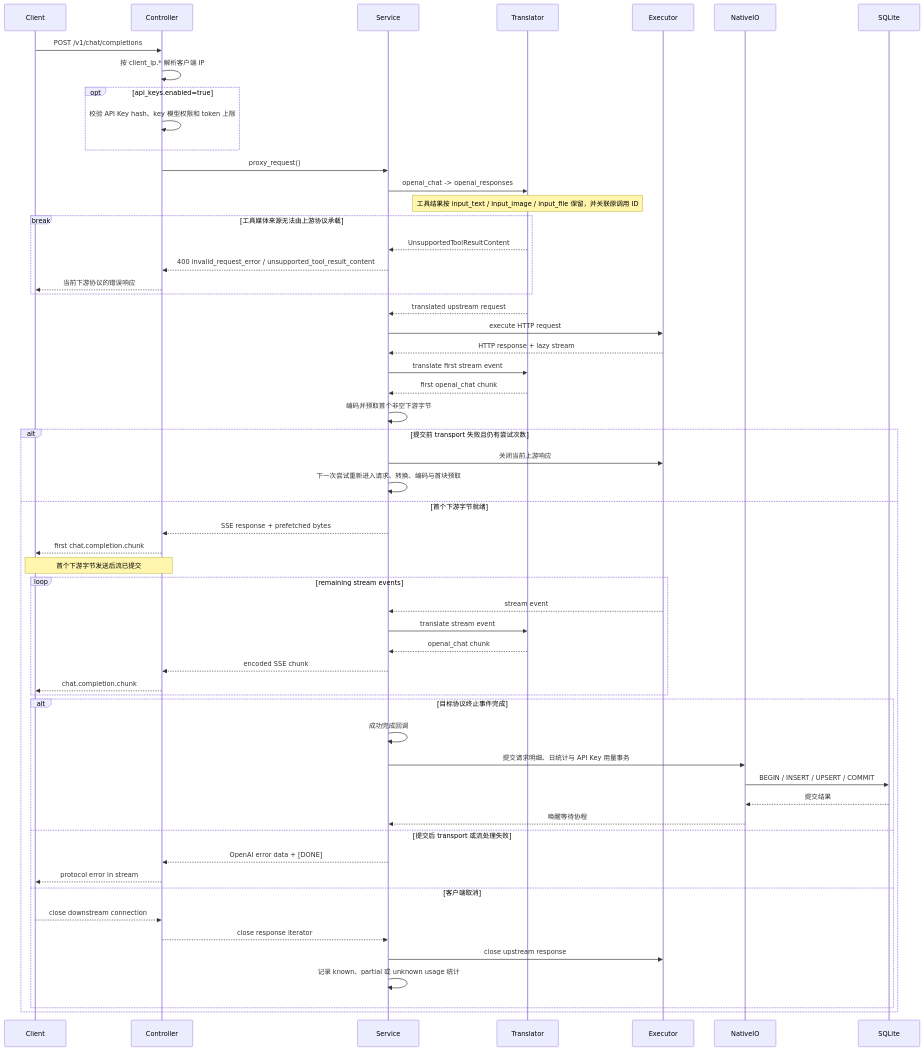
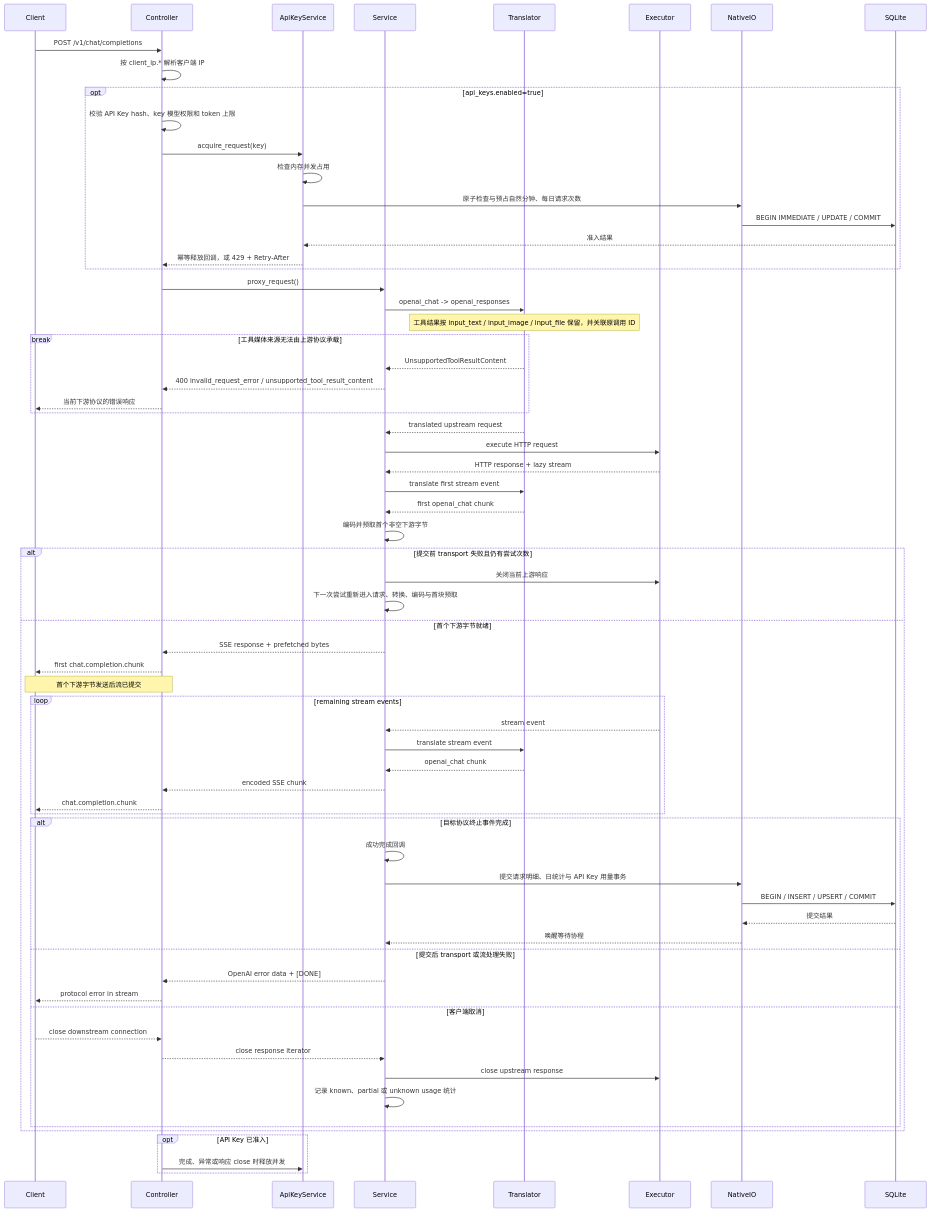
Before and after one commit to VonSdite/LLM_Proxy: the fourth of 9 diagrams in docs/architecture-4plus1.md, drawn with Mermaid. The commit also changed other lines of this file and 604 other files, not shown here.

````diff
--- a/docs/architecture-4plus1.md
+++ b/docs/architecture-4plus1.md
@@ -1297,60 +1320,70 @@
 ```mermaid
 sequenceDiagram
     participant Client
     participant Controller
+    participant KeyLimits as ApiKeyService
     participant Service
     participant Translator
     participant Executor
     participant NativeIO
     participant SQLite
 
     Client->>Controller: POST /v1/chat/completions
     Controller->>Controller: 按 client_ip.* 解析客户端 IP
     opt api_keys.enabled=true
         Controller->>Controller: 校验 API Key hash、key 模型权限和 token 上限
+        Controller->>KeyLimits: acquire_request(key)
+        KeyLimits->>KeyLimits: 检查内存并发占用
+        KeyLimits->>NativeIO: 原子检查与预占自然分钟、每日请求次数
+        NativeIO->>SQLite: BEGIN IMMEDIATE / UPDATE / COMMIT
+        SQLite-->>KeyLimits: 准入结果
+        KeyLimits-->>Controller: 幂等释放回调，或 429 + Retry-After
     end
     Controller->>Service: proxy_request()
     Service->>Translator: openai_chat -> openai_responses
     Note over Translator: 工具结果按 input_text / input_image / input_file 保留，并关联原调用 ID
     break 工具媒体来源无法由上游协议承载
         Translator-->>Service: UnsupportedToolResultContent
         Service-->>Controller: 400 invalid_request_error / unsupported_tool_result_content
         Controller-->>Client: 当前下游协议的错误响应
     end
     Translator-->>Service: translated upstream request
     Service->>Executor: execute HTTP request
     Executor-->>Service: HTTP response + lazy stream
     Service->>Translator: translate first stream event
     Translator-->>Service: first openai_chat chunk
     Service->>Service: 编码并预取首个非空下游字节
     alt 提交前 transport 失败且仍有尝试次数
         Service->>Executor: 关闭当前上游响应
         Service->>Service: 下一次尝试重新进入请求、转换、编码与首块预取
     else 首个下游字节就绪
         Service-->>Controller: SSE response + prefetched bytes
         Controller-->>Client: first chat.completion.chunk
         Note over Controller,Client: 首个下游字节发送后流已提交
         loop remaining stream events
             Executor-->>Service: stream event
             Service->>Translator: translate stream event
             Translator-->>Service: openai_chat chunk
             Service-->>Controller: encoded SSE chunk
             Controller-->>Client: chat.completion.chunk
         end
         alt 目标协议终止事件完成
             Service->>Service: 成功完成回调
             Service->>NativeIO: 提交请求明细、日统计与 API Key 用量事务
             NativeIO->>SQLite: BEGIN / INSERT / UPSERT / COMMIT
             SQLite-->>NativeIO: 提交结果
             NativeIO-->>Service: 唤醒等待协程
         else 提交后 transport 或流处理失败
             Service-->>Controller: OpenAI error data + [DONE]
             Controller-->>Client: protocol error in stream
         else 客户端取消
             Client-->>Controller: close downstream connection
             Controller-->>Service: close response iterator
             Service->>Executor: close upstream response
             Service->>Service: 记录 known、partial 或 unknown usage 统计
         end
     end
+    opt API Key 已准入
+        Controller->>KeyLimits: 完成、异常或响应 close 时释放并发
+    end
 ```
````
